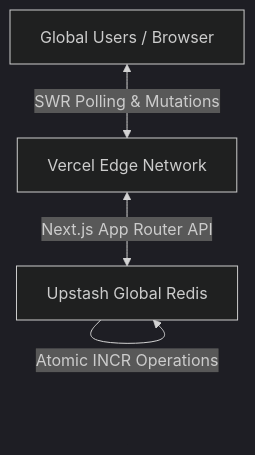
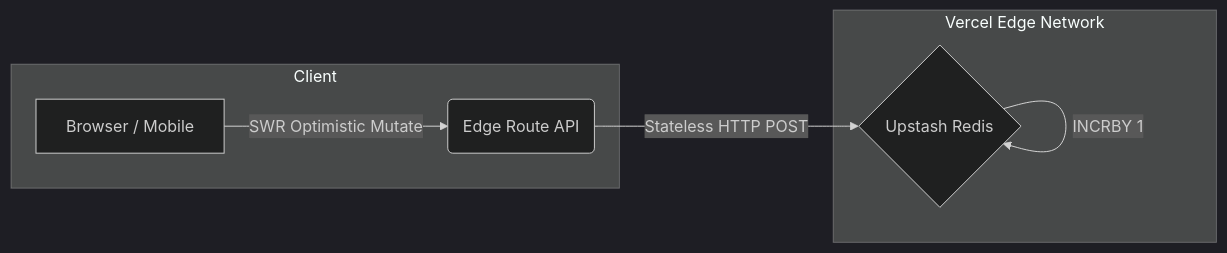
One commit to Lord-shaban/salawat-app changed the diagram in README.md. Above: the diagram before and after it, drawn with Mermaid (dark theme). The commit also changed other lines of this file and 5 other files, not shown here.

````diff
--- a/README.md
+++ b/README.md
@@ -54,6 +87,10 @@
 ```mermaid
-graph TD;
-    Client[Global Users / Browser] <-->|SWR Polling & Mutations| EdgeNetwork[Vercel Edge Network]
-    EdgeNetwork <-->|Next.js App Router API| Upstash[Upstash Global Redis]
-    Upstash -->|Atomic INCR Operations| Upstash
+graph LR;
+    subgraph Client
+    A[Browser / Mobile] -->|SWR Optimistic Mutate| B(Edge Route API);
+    end
+    subgraph Vercel Edge Network
+    B -->|Stateless HTTP POST| C{Upstash Redis};
+    end
+    C -->|INCRBY 1| C;
 ```
````
